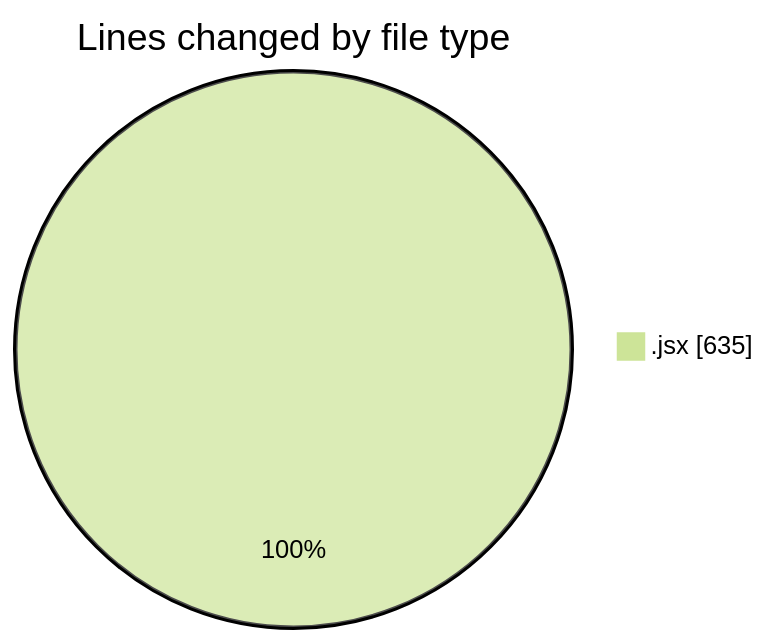
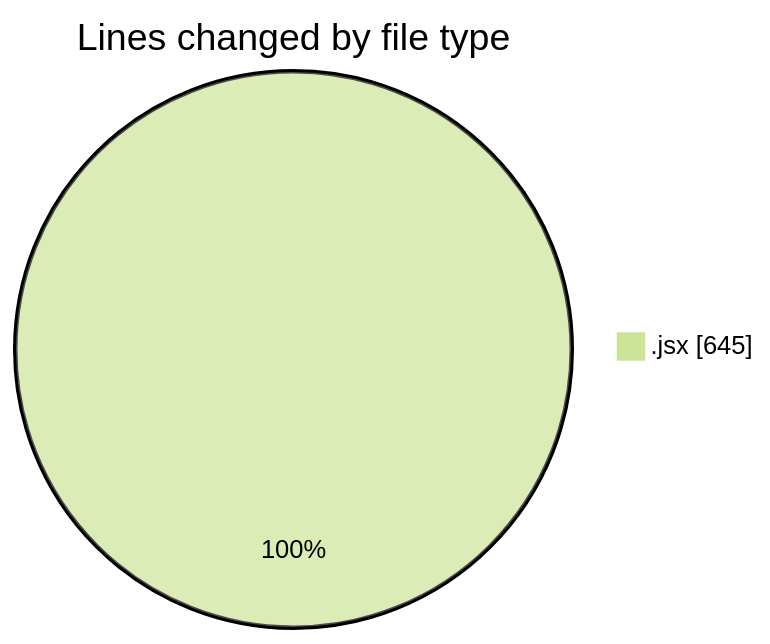
Before and after one commit to nxtqubesakshisongat/code-tracking: the first of 2 diagrams in 2025-06-06/nxtqube_webapp/README.md, drawn with Mermaid (forest theme). The commit also changed other lines of this file and 1 other file, not shown here.

````diff
--- a/2025-06-06/nxtqube_webapp/README.md
+++ b/2025-06-06/nxtqube_webapp/README.md
@@ -20,5 +20,5 @@
 ```mermaid
 pie showData
 title Lines changed by file type
-".jsx" : 635
+".jsx" : 645
 ```
````
